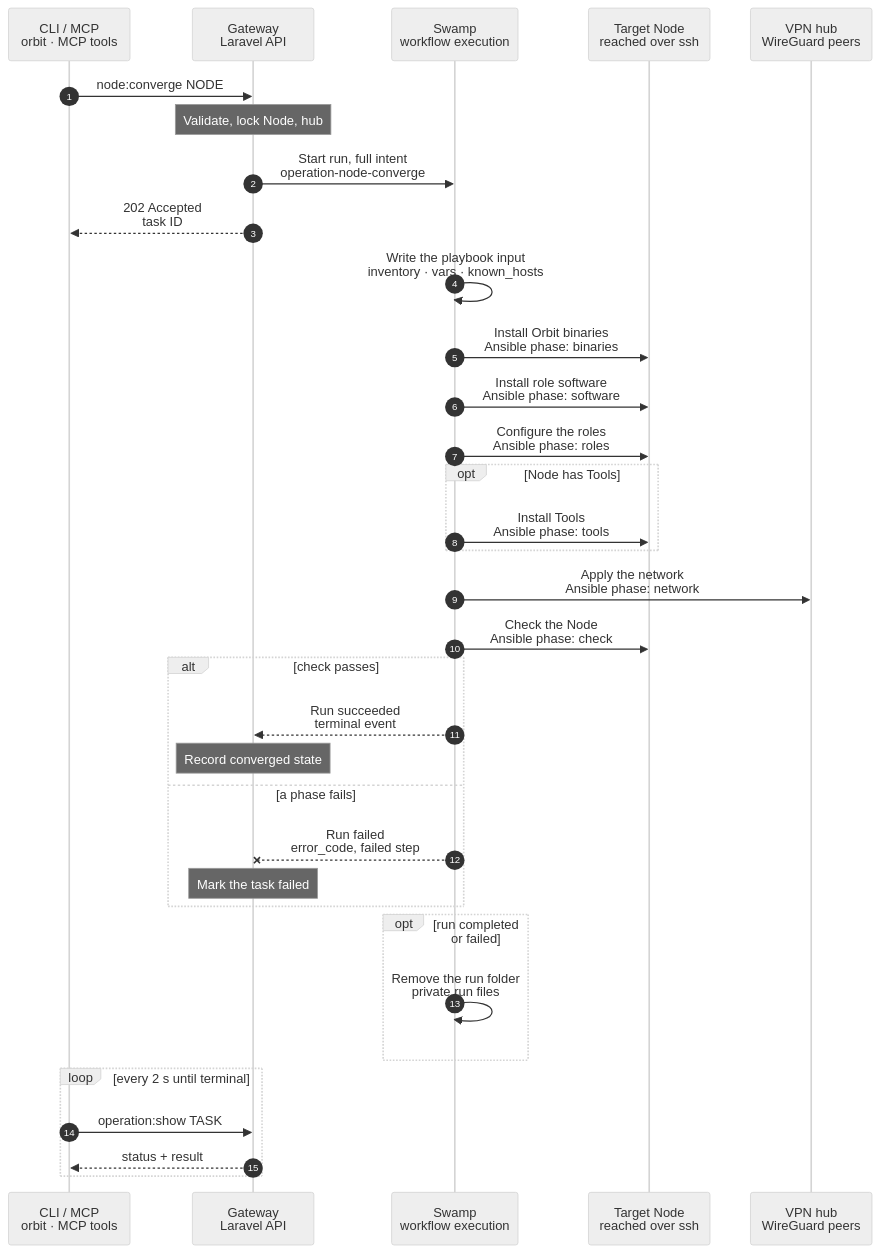
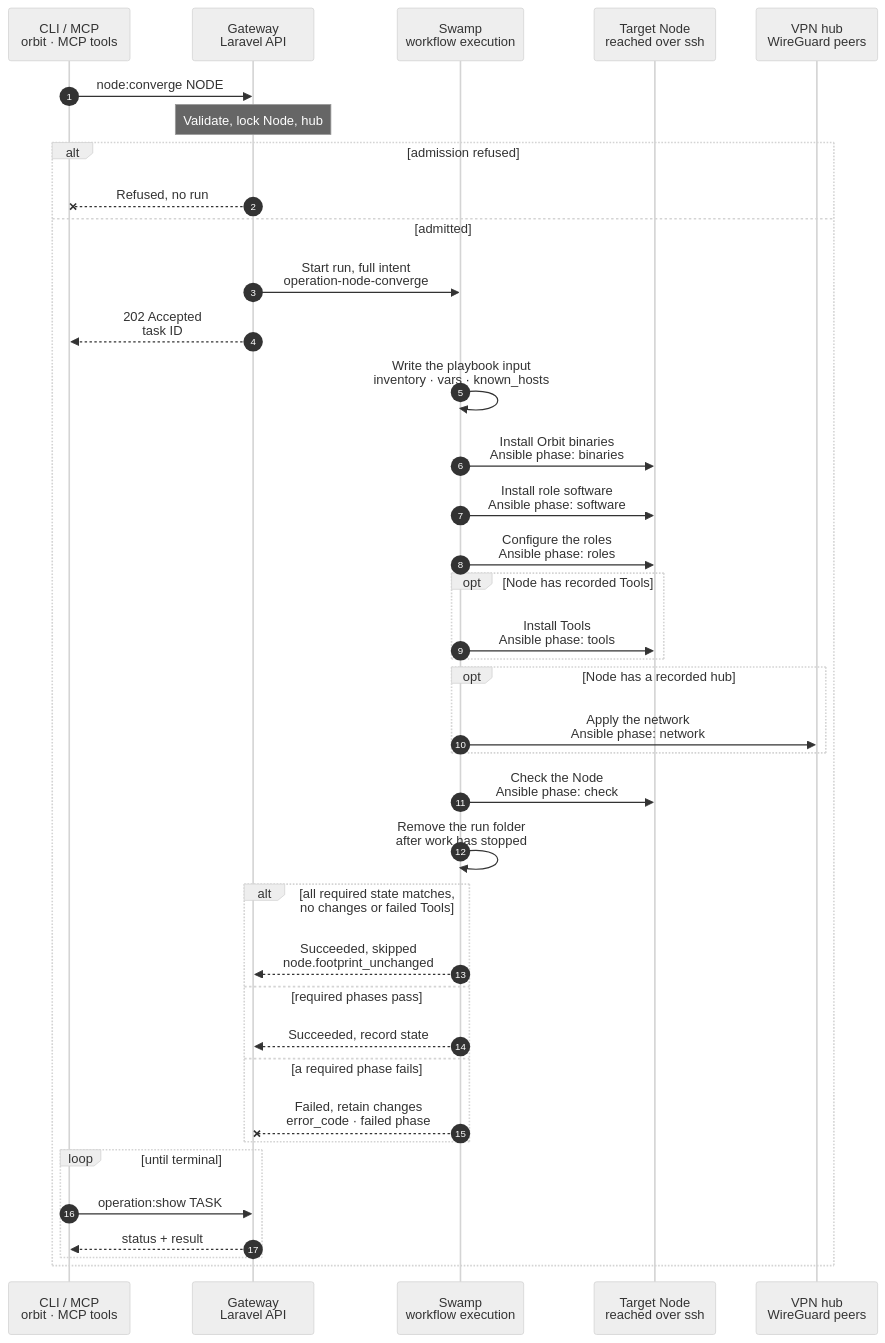
The diagram in docs/cli/node/converge.mmd (hardimpactdev/orbit), drawn with Mermaid (neutral theme) before and after one commit. The commit also changed 2 other files, not shown here.

Commit message:
docs(node): spec for node:converge

```diff
--- a/docs/cli/node/converge.mmd
+++ b/docs/cli/node/converge.mmd
@@ -1,95 +1,100 @@
 sequenceDiagram
   %% Target design: fleet maintenance redesign (recipe.json read by Ansible, Tools phase last, recipe packages held). docs/reference/node-provisioning.md#converge-the-orbit-footprint.
-  %% status: reviewed
+  %% status: draft
   %% command: node:converge
   %% kind: node.converge
   autonumber
   %% lane CLI icon=terminal pill=caller tone=gray
   %% lane GW icon=gateway pill=intent tone=blue
   %% lane SW icon=workflow pill=executes tone=green
   %% lane N icon=server pill=target tone=amber
   %% lane H icon=server pill=target tone=purple
   participant CLI as CLI / MCP<br/>orbit · MCP tools
   participant GW as Gateway<br/>Laravel API
   participant SW as Swamp<br/>workflow execution
   participant N as Target Node<br/>reached over ssh
   participant H as VPN hub<br/>WireGuard peers
   CLI->>GW: node:converge NODE
   %%> Command:
   %%> - `orbit node:converge NODE`
-  %%> - syntax: `<node> [--json]`
-  %%> What it does:
-  %%> - brings one Node fully to the release: Orbit binaries, role software, roles, Tools and network
-  %%> - every run applies all phases; each phase skips what already matches
-  %%> Who can call it:
-  %%> - the `orbit` CLI and the MCP tool send the same request
+  %%> - syntax: `<node> [--force] [--idempotency-key=KEY] [--json]`
   Note over GW: Validate, lock Node, hub
   %%> Requirements:
-  %%> - the calling Node has an access grant to the target Node
+  %%> - the calling Node has an access grant to the target Node (`node_access.required`)
   %%> - the target is an active, managed Linux Node (`node.converge_unsupported`)
-  %%> - no other converge runs for the target or the hub; the Gateway holds one lock for each
-  %%> Builds:
-  %%> - targets only: the Node, its active roles, its Tools, its recorded network and the hub
-  %%> - no versions: the playbooks read the pins of the release
-  GW->>SW: Start run, full intent<br/>operation-node-converge
-  GW-->>CLI: 202 Accepted<br/>task ID
-  %%> What you get:
-  %%> - the task ID, at once
-  %%> Next:
-  %%> - the CLI follows the task with `operation:show`
-  SW->>SW: Write the playbook input<br/>inventory · vars · known_hosts
-  %%> Why:
-  %%> - the intent is too large for one environment value, so it goes to a private run file
-  SW->>N: Install Orbit binaries<br/>Ansible phase: binaries
-  %%> Why first:
-  %%> - later phases and Doctor rely on the agent's facts and the `orbit-env` group
-  %%> - it covers the agent's configuration and unit, the `orbit-env` access to Instance `.env` files, and the temporary-file cleanup rule; the agent restarts only when a file changed
-  %%> - the Orbit CLI comes with it, so one converge brings a Node fully to the release
-  SW->>N: Install role software<br/>Ansible phase: software
-  %%> Why:
-  %%> - installs the recipe's common and role tools at their pins, then holds them
-  %%> - the hold keeps Tools from moving tested software; Ubuntu security updates still pass
-  SW->>N: Configure the roles<br/>Ansible phase: roles
-  %%> Best effort:
-  %%> - closing world access on Instance `.env` files and clearing Route residue never fail the run; the next converge tries again
-  opt Node has Tools
-    SW->>N: Install Tools<br/>Ansible phase: tools
-    %%> Why last of the software:
-    %%> - a Tool that needs another version of a held package fails alone; role software stays as tested
-    %%> On a Tool failure:
-    %%> - the phase goes on with the other Tools and returns each Tool's result; only that Tool is marked failed
+  %%> - no converge owns the target or its hub (`operation.target_busy`)
+  %%> Input:
+  %%> - capture the target, active roles, recorded Tools and network; release pins stay in the recipe
+  %%> Refusals:
+  %%> - an unrenderable part is node.footprint_failed; an unsupported contribution is operation.kind_unavailable
+  alt admission refused
+    %% path: admission-refused
+    GW--xCLI: Refused, no run
+    %%> Result:
+    %%> - return the admission error without changing the Node
+  else admitted
+    %% path: admitted
+    GW->>SW: Start run, full intent<br/>operation-node-converge
+    GW-->>CLI: 202 Accepted<br/>task ID
+    SW->>SW: Write the playbook input<br/>inventory · vars · known_hosts
+    %%> Why:
+    %%> - keep the captured intent and private execution files in one run folder
+    SW->>N: Install Orbit binaries<br/>Ansible phase: binaries
+    %%> Why first:
+    %%> - later phases depend on the agent configuration and the orbit-env group
+    SW->>N: Install role software<br/>Ansible phase: software
+    %%> Why:
+    %%> - establish and hold the recipe baseline before operator Tools
+    SW->>N: Configure the roles<br/>Ansible phase: roles
+    %%> On a cleanup failure:
+    %%> - Instance .env permission cleanup and recorded Route residue cleanup are best effort
+    opt Node has recorded Tools
+      %% path: tools
+      SW->>N: Install Tools<br/>Ansible phase: tools
+      %%> On a Tool failure:
+      %%> - continue with the other Tools and return each Tool's outcome
+    end
+    opt Node has a recorded hub
+      %% path: network
+      SW->>H: Apply the network<br/>Ansible phase: network
+      %%> Order:
+      %%> - configure the hub before the target Node; check the tunnel after both
+      %%> On a repeat:
+      %%> - matching live state writes no file and reloads nothing
+    end
+    SW->>N: Check the Node<br/>Ansible phase: check
+    %%> Result:
+    %%> - the single end check covers the required state, including the network when applicable
+    %%> Exceptions:
+    %%> - a hub with no peers has no handshake to check
+    SW->>SW: Remove the run folder<br/>after work has stopped
+    %%> When:
+    %%> - declare cleanup after completion or failure, including skipped downstream phases
+    %%> On a cleanup failure:
+    %%> - preserve the original failure and expose incomplete cleanup; a worker crash proves no cleanup
+    alt all required state matches, no changes or failed Tools
+      %% path: already-applied
+      SW-->>GW: Succeeded, skipped<br/>node.footprint_unchanged
+      %%> Result:
+      %%> - record the checked footprint and the stable skip reason
+    else required phases pass
+      %% path: succeeded
+      SW-->>GW: Succeeded, record state
+      %%> Result:
+      %%> - the shared terminal reader records the footprint and each Tool's outcome
+      %%> - a failed Tool does not fail the task
+    else a required phase fails
+      %% path: phase-failed
+      SW--xGW: Failed, retain changes<br/>error_code · failed phase
+      %%> On the Node:
+      %%> - completed work and partial changes within the failed phase stay; no rollback
+      %%> - skip later work, but still schedule cleanup once execution has stopped
+      %%> Retry:
+      %%> - a new invocation starts at the first phase and repairs what does not match
+    end
+    loop until terminal
+      %% path: follow
+      CLI->>GW: operation:show TASK
+      GW-->>CLI: status + result
+    end
   end
-  SW->>H: Apply the network<br/>Ansible phase: network
-  %%> Why one phase on both Nodes:
-  %%> - the peer and the hub change together; the hub first, then the Node, then a wait for the handshake
-  %%> - no drift writes no file and reloads nothing
-  SW->>N: Check the Node<br/>Ansible phase: check
-  %%> Why:
-  %%> - the one end check: role software, units, sites and a recent handshake
-  %%> - a hub with no peers has no handshake to check, and a Node with no recorded hub skips the network phase
-  alt check passes
-    SW-->>GW: Run succeeded<br/>terminal event
-    %%> How the Gateway learns it:
-    %%> - its shared run reader sees the terminal event; Swamp never calls the Gateway
-    Note over GW: Record converged state
-    %%> Result:
-    %%> - the task succeeds; a failed Tool is marked failed on its own record
-  else a phase fails
-    SW--xGW: Run failed<br/>error_code, failed step
-    Note over GW: Mark the task failed
-    %%> Result:
-    %%> - the task fails with the failed phase
-    %%> On the Node:
-    %%> - finished phases stay; there is no rollback
-    %%> Retry:
-    %%> - run the same command again: it starts from the first phase and skips what matches
-  end
-  opt run completed or failed
-    SW->>SW: Remove the run folder<br/>private run files
-    %%> Why:
-    %%> - the intent, inventory and any secrets do not outlive the run, whatever its result
-  end
-  loop every 2 s until terminal
-    CLI->>GW: operation:show TASK
-    GW-->>CLI: status + result
-  end
```
